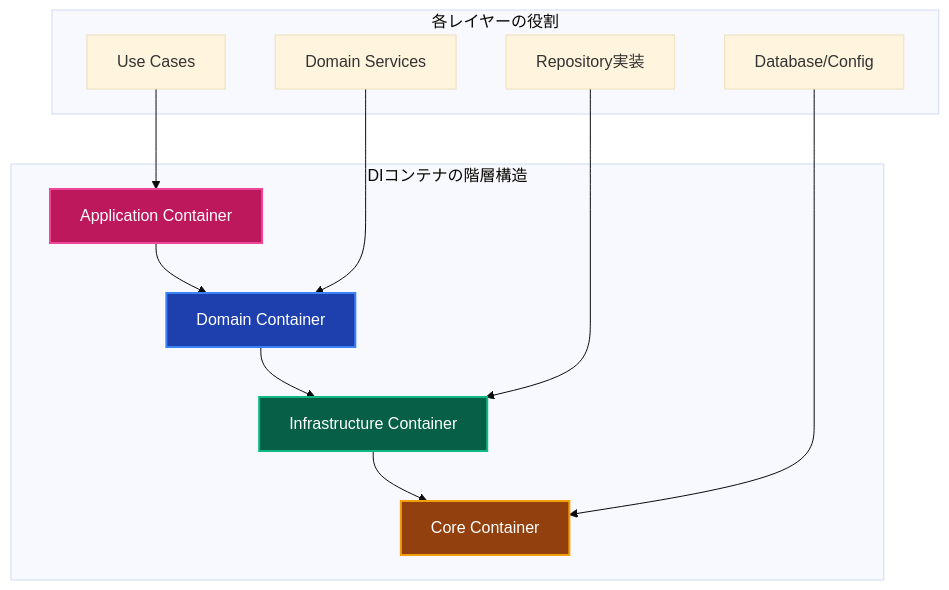
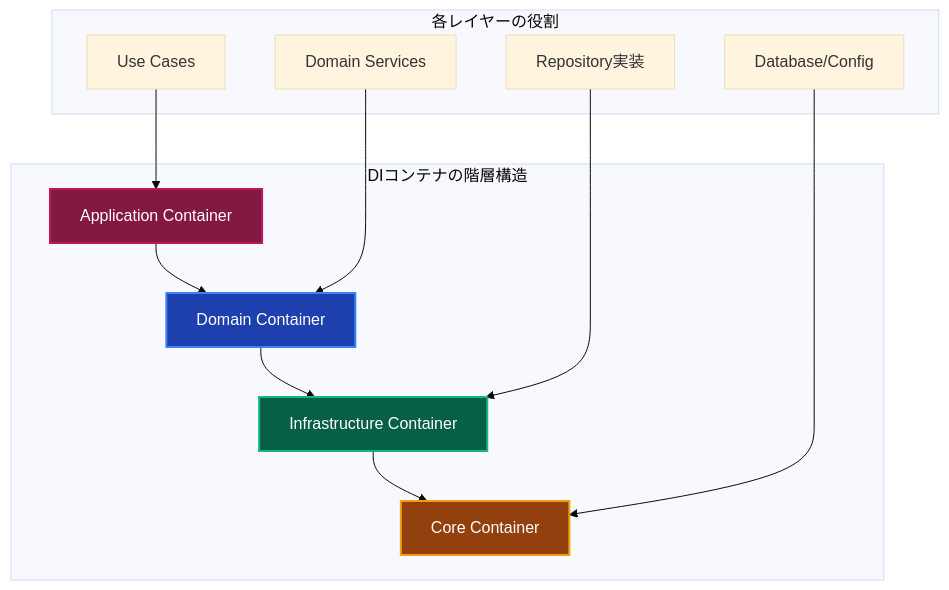
Before and after one commit to derushio/d-next-ddd-example: the fourth of 12 diagrams in _DOCS/guides/ddd/concepts/whats-di.md, drawn with Mermaid (base theme).

Commit message:
🎨: Mermaid図表のピンク色をより濃い色に変更して視認性を向上

````diff
--- a/_DOCS/guides/ddd/concepts/whats-di.md
+++ b/_DOCS/guides/ddd/concepts/whats-di.md
@@ -186,20 +186,20 @@
 ```mermaid
 graph TD
     subgraph "DIコンテナの階層構造"
         A[Application Container] --> B[Domain Container]
         B --> C[Infrastructure Container] 
         C --> D[Core Container]
     end
     
     subgraph "各レイヤーの役割"
         E[Use Cases] --> A
         F[Domain Services] --> B
         G[Repository実装] --> C
         H[Database/Config] --> D
     end
     
-    style A fill:#be185d,stroke:#ec4899,stroke-width:2px,color:#ffffff
+    style A fill:#831843,stroke:#be185d,stroke-width:2px,color:#ffffff
     style B fill:#1e40af,stroke:#3b82f6,stroke-width:2px,color:#ffffff
     style C fill:#065f46,stroke:#10b981,stroke-width:2px,color:#ffffff
     style D fill:#92400e,stroke:#f59e0b,stroke-width:2px,color:#ffffff
 ```
````
